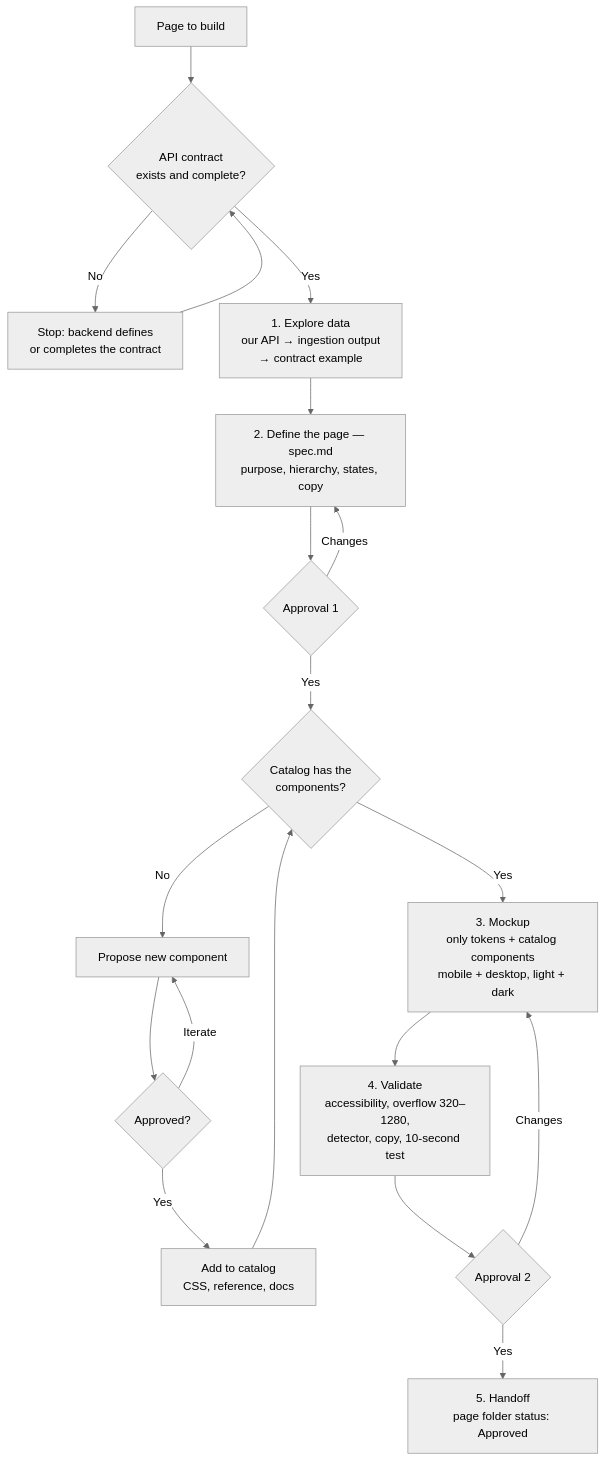
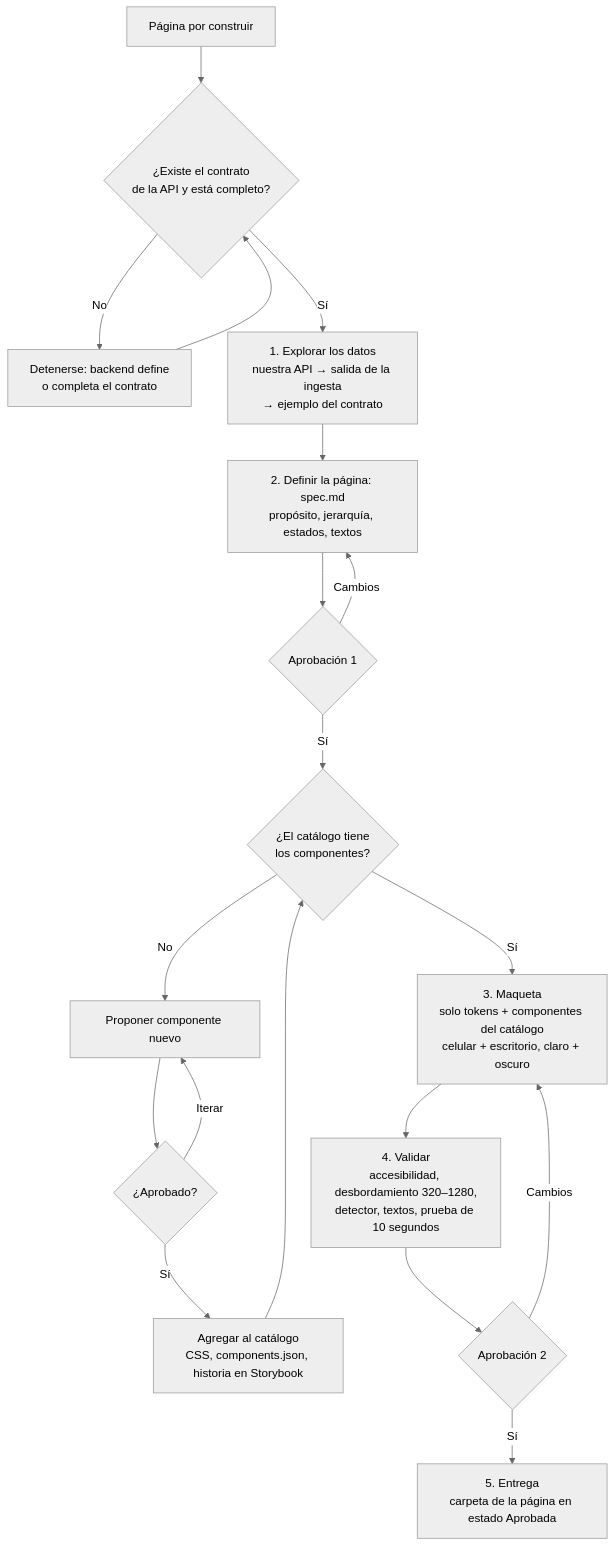
Before and after one commit to EKOU-Solutions/EKOU-Elephants: the third of 4 diagrams in docs/design/design-flow.md, drawn with Mermaid (neutral theme). The commit also changed other lines of this file and 33 other files, not shown here.

````diff
--- a/docs/design/design-flow.md
+++ b/docs/design/design-flow.md
@@ -50,18 +55,18 @@
 ```mermaid
 flowchart TD
-  A["Page to build"] --> B{"API contract<br/>exists and complete?"}
-  B -- No --> B1["Stop: backend defines<br/>or completes the contract"] --> B
-  B -- Yes --> C["1. Explore data<br/>our API → ingestion output<br/>→ contract example"]
-  C --> D["2. Define the page — spec.md<br/>purpose, hierarchy, states, copy"]
-  D --> G1{"Approval 1"}
-  G1 -- Changes --> D
-  G1 -- Yes --> E{"Catalog has the<br/>components?"}
-  E -- No --> E1["Propose new component"] --> E2{"Approved?"}
-  E2 -- Iterate --> E1
-  E2 -- Yes --> E3["Add to catalog<br/>CSS, reference, docs"] --> E
-  E -- Yes --> F["3. Mockup<br/>only tokens + catalog components<br/>mobile + desktop, light + dark"]
-  F --> V["4. Validate<br/>accessibility, overflow 320–1280,<br/>detector, copy, 10-second test"]
-  V --> G2{"Approval 2"}
-  G2 -- Changes --> F
-  G2 -- Yes --> H["5. Handoff<br/>page folder status: Approved"]
+  A["Página por construir"] --> B{"¿Existe el contrato<br/>de la API y está completo?"}
+  B -- No --> B1["Detenerse: backend define<br/>o completa el contrato"] --> B
+  B -- Sí --> C["1. Explorar los datos<br/>nuestra API → salida de la ingesta<br/>→ ejemplo del contrato"]
+  C --> D["2. Definir la página: spec.md<br/>propósito, jerarquía, estados, textos"]
+  D --> G1{"Aprobación 1"}
+  G1 -- Cambios --> D
+  G1 -- Sí --> E{"¿El catálogo tiene<br/>los componentes?"}
+  E -- No --> E1["Proponer componente nuevo"] --> E2{"¿Aprobado?"}
+  E2 -- Iterar --> E1
+  E2 -- Sí --> E3["Agregar al catálogo<br/>CSS, components.json, historia en Storybook"] --> E
+  E -- Sí --> F["3. Maqueta<br/>solo tokens + componentes del catálogo<br/>celular + escritorio, claro + oscuro"]
+  F --> V["4. Validar<br/>accesibilidad, desbordamiento 320–1280,<br/>detector, textos, prueba de 10 segundos"]
+  V --> G2{"Aprobación 2"}
+  G2 -- Cambios --> F
+  G2 -- Sí --> H["5. Entrega<br/>carpeta de la página en estado Aprobada"]
 ```
````
